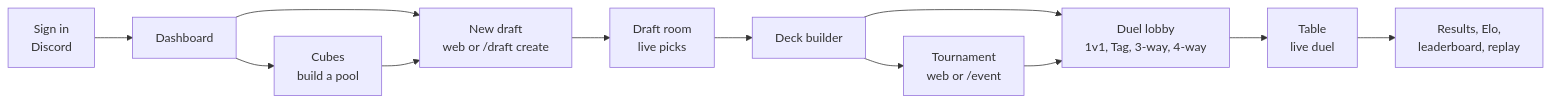
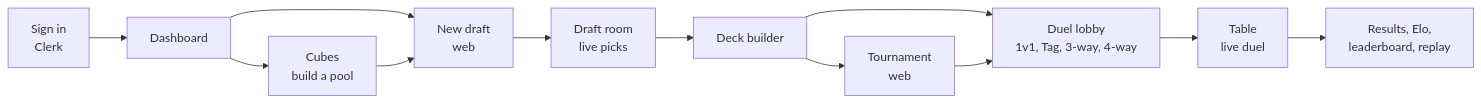
One commit to DuelingDomain/yugioh-bot changed the fourth of 4 diagrams in docs/architecture.md. Above: the diagram before and after it, drawn with Mermaid. The commit also changed other lines of this file and 18 other files, not shown here.

First line of the commit message:
chore(deploy): bot out of Compose, Clerk keys scoped, WS origin from WEB_URL

````diff
--- a/docs/architecture.md
+++ b/docs/architecture.md
@@ -129,14 +128,14 @@
 ```mermaid
 flowchart LR
-  login[Sign in<br/>Discord] --> dash[Dashboard]
+  login[Sign in<br/>Clerk] --> dash[Dashboard]
   dash --> cubes[Cubes<br/>build a pool]
-  dash --> draft[New draft<br/>web or /draft create]
+  dash --> draft[New draft<br/>web]
   cubes --> draft
   draft --> room[Draft room<br/>live picks]
   room --> deck[Deck builder]
-  deck --> tour[Tournament<br/>web or /event]
+  deck --> tour[Tournament<br/>web]
   deck --> duel[Duel lobby<br/>1v1, Tag, 3-way, 4-way]
   tour --> duel
   duel --> table[Table<br/>live duel]
   table --> result[Results, Elo,<br/>leaderboard, replay]
 ```
````
